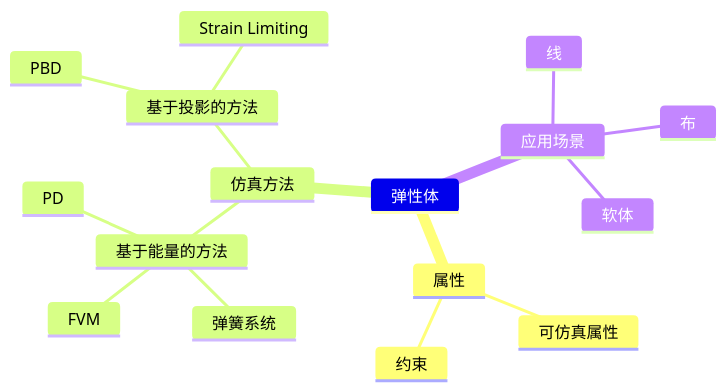
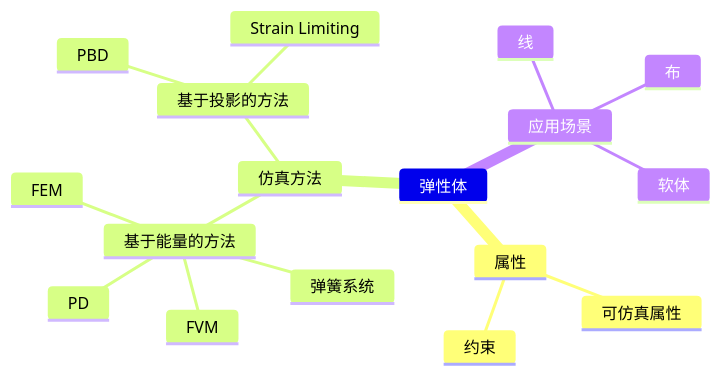
One commit to CaterpillarStudyGroup/GAMES103_mdbook changed the diagram in src/Elastic/Elastic.md. Above: the diagram before and after it, drawn with Mermaid. The commit also changed 5 other files, not shown here.

````diff
--- a/src/Elastic/Elastic.md
+++ b/src/Elastic/Elastic.md
@@ -1,19 +1,20 @@
 ```mermaid
 mindmap
 弹性体
     属性
         可仿真属性
         约束
     仿真方法
         基于能量的方法
             弹簧系统
             PD
             FVM
+            FEM
         基于投影的方法
             PBD
             Strain Limiting
     应用场景
         线
         布
         软体
 ```
````
